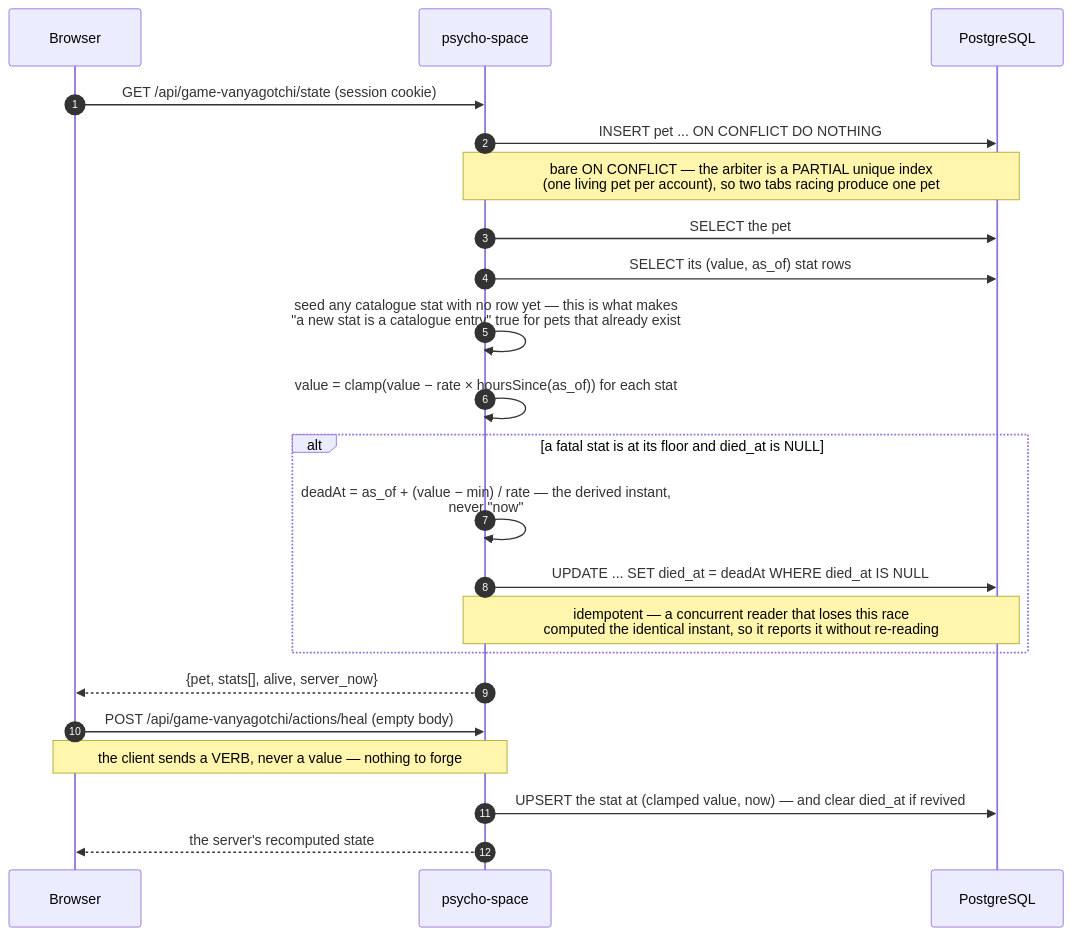
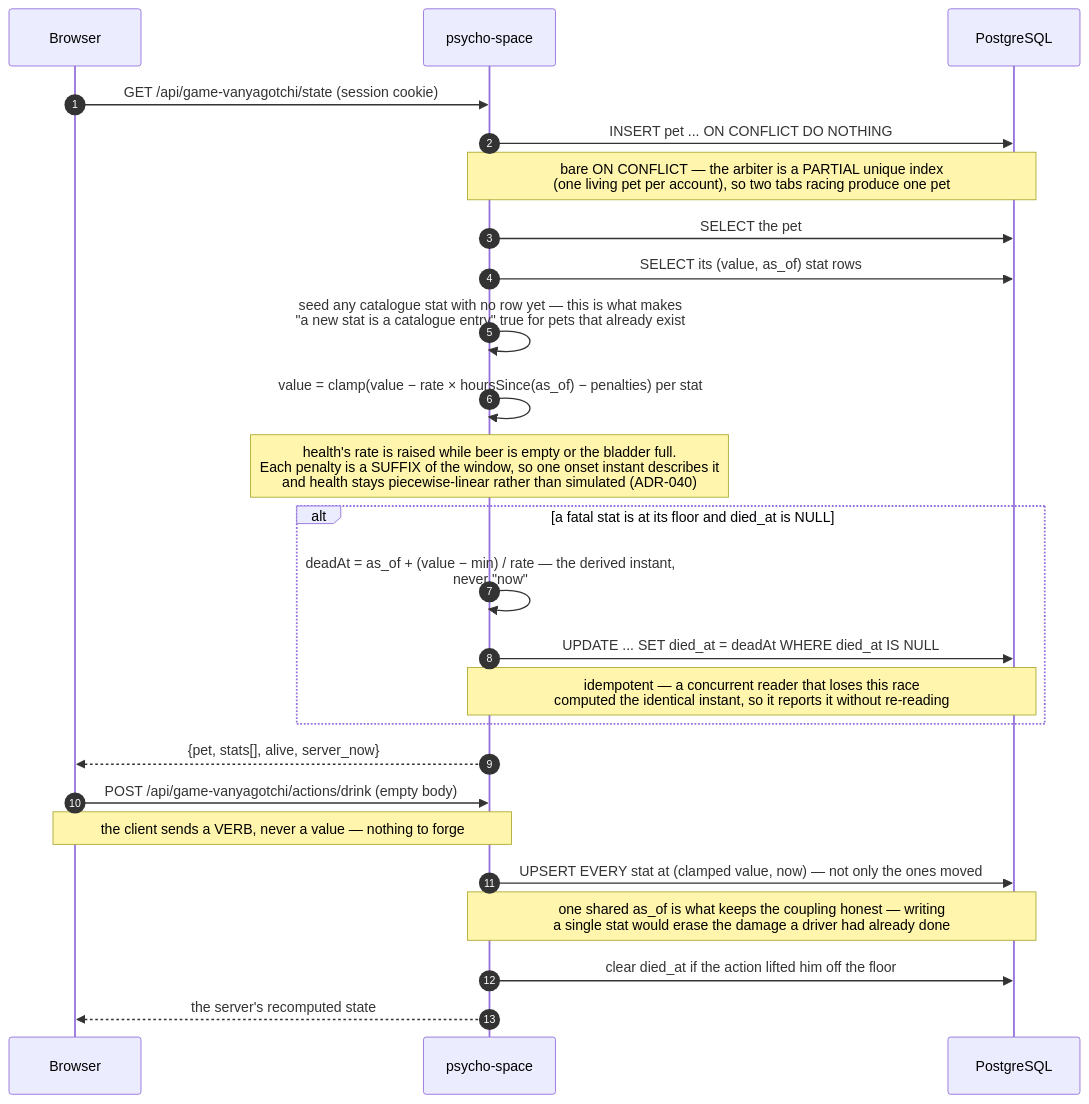
One commit to SergeyZSpb/psycho-space changed the fifth of 9 diagrams in docs/ARCHITECTURE.md. Above: the diagram before and after it, drawn with Mermaid. The commit also changed other lines of this file and 17 other files, not shown here.

````diff
--- a/docs/ARCHITECTURE.md
+++ b/docs/ARCHITECTURE.md
@@ -139,25 +139,28 @@
 ```mermaid
 sequenceDiagram
     autonumber
     participant B as Browser
     participant A as psycho-space
     participant P as PostgreSQL
 
     B->>A: GET /api/game-vanyagotchi/state (session cookie)
     A->>P: INSERT pet ... ON CONFLICT DO NOTHING
     Note over A,P: bare ON CONFLICT — the arbiter is a PARTIAL unique index<br/>(one living pet per account), so two tabs racing produce one pet
     A->>P: SELECT the pet
     A->>P: SELECT its (value, as_of) stat rows
     A->>A: seed any catalogue stat with no row yet — this is what makes<br/>"a new stat is a catalogue entry" true for pets that already exist
-    A->>A: value = clamp(value − rate × hoursSince(as_of)) for each stat
+    A->>A: value = clamp(value − rate × hoursSince(as_of) − penalties) per stat
+    Note over A: health's rate is raised while beer is empty or the bladder full.<br/>Each penalty is a SUFFIX of the window, so one onset instant describes it<br/>and health stays piecewise-linear rather than simulated (ADR-040)
     alt a fatal stat is at its floor and died_at is NULL
         A->>A: deadAt = as_of + (value − min) / rate — the derived instant,<br/>never "now"
         A->>P: UPDATE ... SET died_at = deadAt WHERE died_at IS NULL
         Note over A,P: idempotent — a concurrent reader that loses this race<br/>computed the identical instant, so it reports it without re-reading
     end
     A-->>B: {pet, stats[], alive, server_now}
-    B->>A: POST /api/game-vanyagotchi/actions/heal (empty body)
+    B->>A: POST /api/game-vanyagotchi/actions/drink (empty body)
     Note over B,A: the client sends a VERB, never a value — nothing to forge
-    A->>P: UPSERT the stat at (clamped value, now) — and clear died_at if revived
+    A->>P: UPSERT EVERY stat at (clamped value, now) — not only the ones moved
+    Note over A,P: one shared as_of is what keeps the coupling honest — writing<br/>a single stat would erase the damage a driver had already done
+    A->>P: clear died_at if the action lifted him off the floor
     A-->>B: the server's recomputed state
 ```
````
